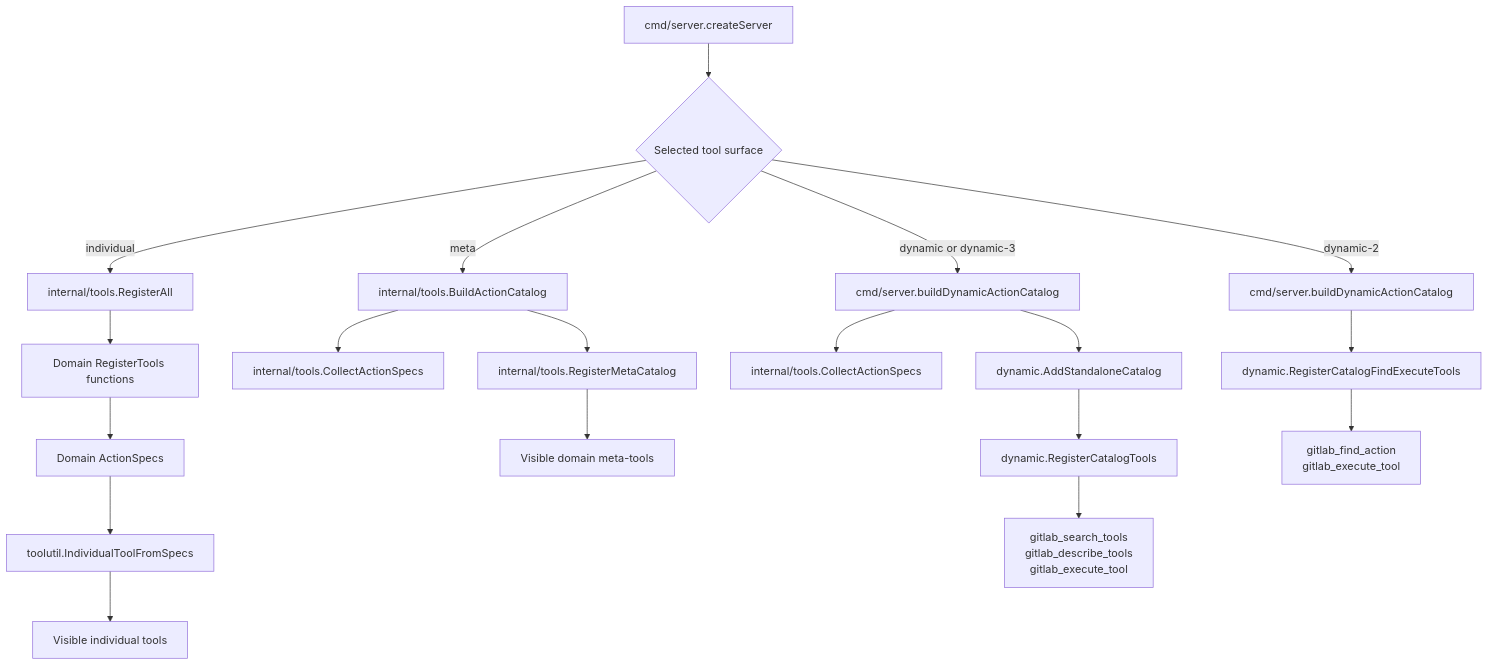
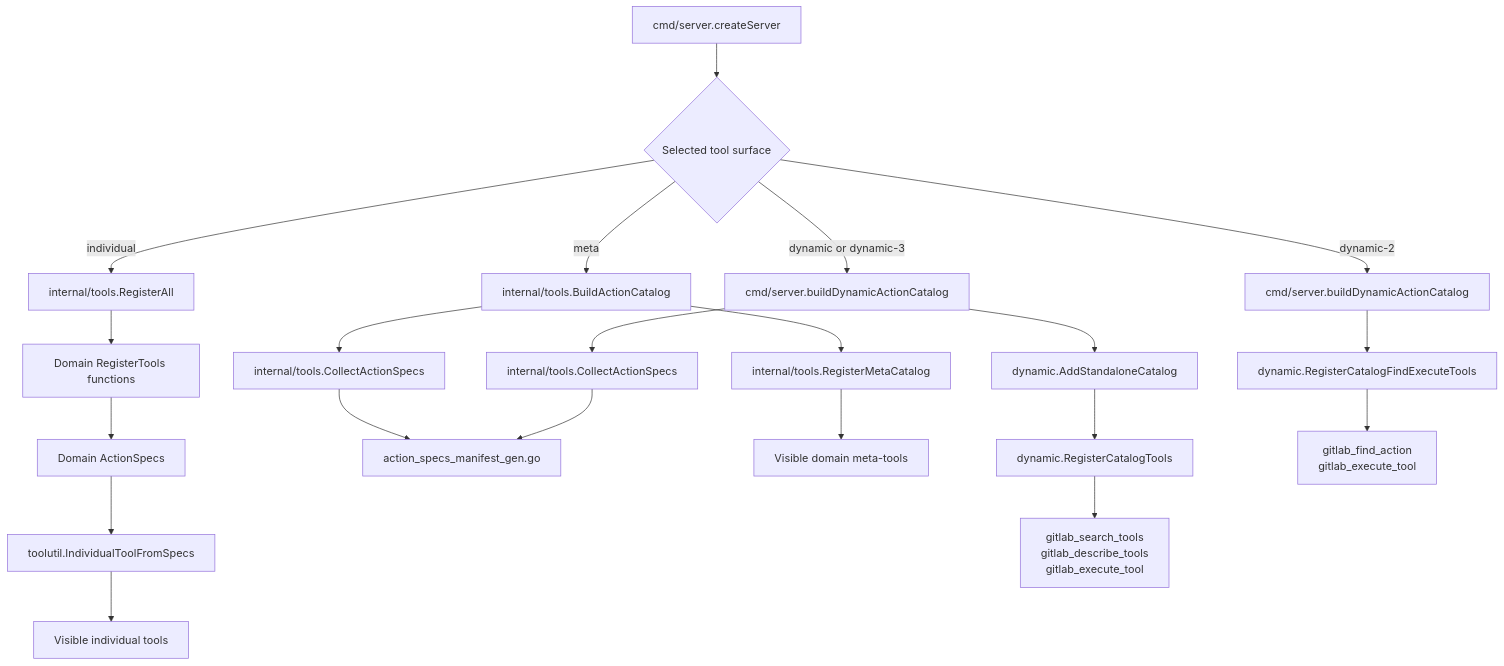
The second of 2 diagrams in docs/development/tool-surfaces-and-action-core.md (jmrplens/gitlab-mcp-server), drawn with Mermaid before and after one commit. The commit also changed other lines of this file and 7 other files, not shown here.

Commit message:
refactor(catalog): generate action spec manifest

````diff
--- a/docs/development/tool-surfaces-and-action-core.md
+++ b/docs/development/tool-surfaces-and-action-core.md
@@ -130,28 +130,30 @@
 ```mermaid
 flowchart TD
     server[cmd/server.createServer]
     selector{Selected tool surface}
 
     server --> selector
 
     selector -->|individual| registerAll[internal/tools.RegisterAll]
     registerAll --> domainTools[Domain RegisterTools functions]
     domainTools --> individualSpecs[Domain ActionSpecs]
     individualSpecs --> individualProjection[toolutil.IndividualToolFromSpecs]
     individualProjection --> visibleIndividual[Visible individual tools]
 
     selector -->|meta| buildMeta[internal/tools.BuildActionCatalog]
     buildMeta --> collectSpecs[internal/tools.CollectActionSpecs]
+    collectSpecs --> generatedManifest[action_specs_manifest_gen.go]
     buildMeta --> registerMeta[internal/tools.RegisterMetaCatalog]
     registerMeta --> metaTools[Visible domain meta-tools]
 
     selector -->|dynamic or dynamic-3| buildDynamic[cmd/server.buildDynamicActionCatalog]
     buildDynamic --> collectDynamicSpecs[internal/tools.CollectActionSpecs]
+    collectDynamicSpecs --> generatedManifest
     buildDynamic --> standalone[dynamic.AddStandaloneCatalog]
     standalone --> dynamic3[dynamic.RegisterCatalogTools]
     dynamic3 --> threeTools[gitlab_search_tools\ngitlab_describe_tools\ngitlab_execute_tool]
 
     selector -->|dynamic-2| buildDynamic2[cmd/server.buildDynamicActionCatalog]
     buildDynamic2 --> dynamic2[dynamic.RegisterCatalogFindExecuteTools]
     dynamic2 --> twoTools[gitlab_find_action\ngitlab_execute_tool]
 ```
````
